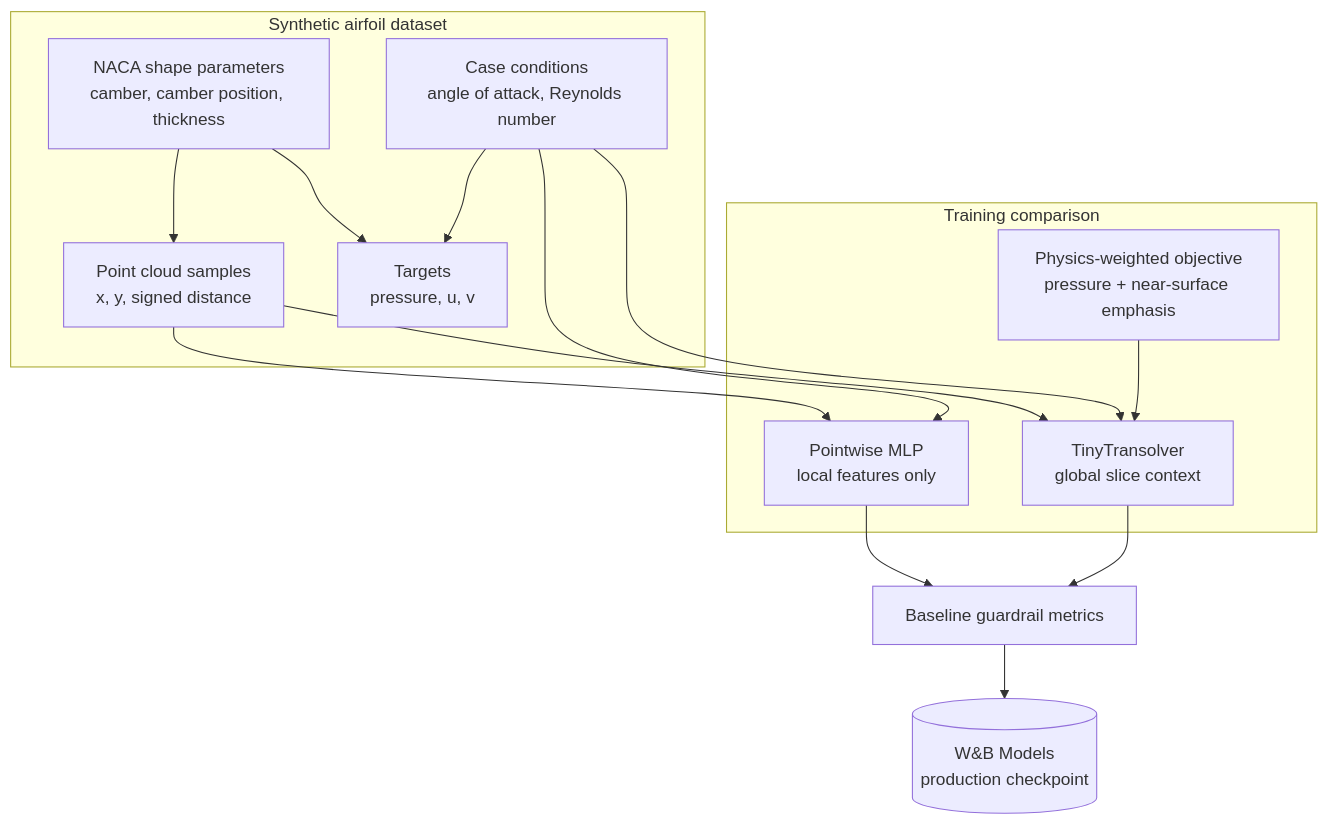
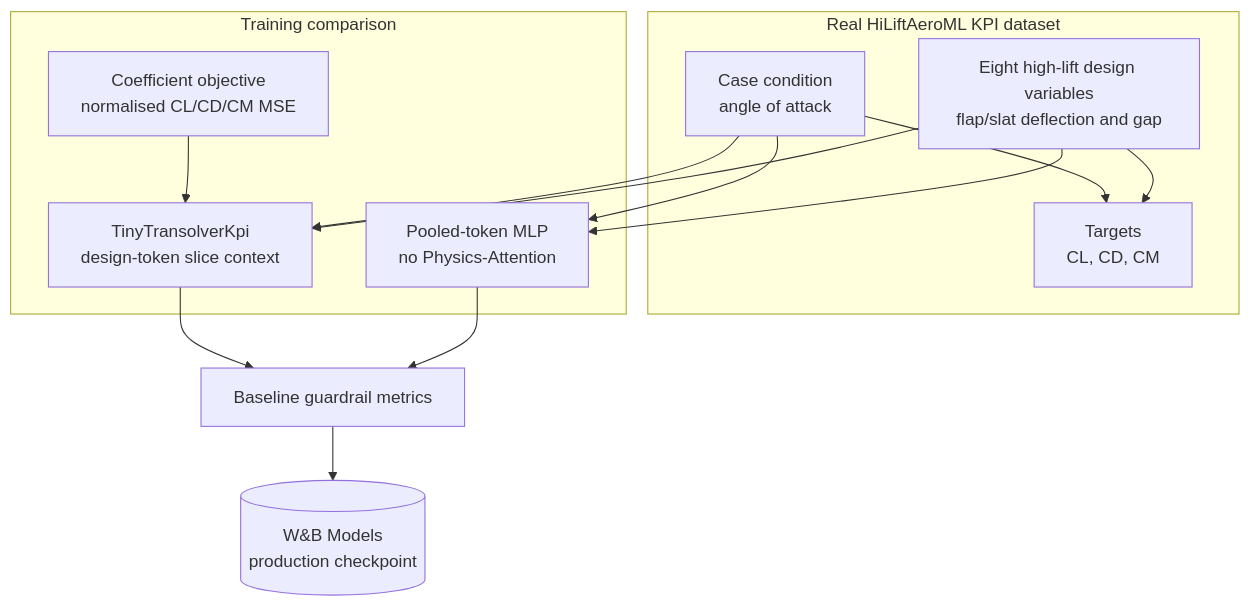
One commit to jbutt-wandb/physicsx_demo changed the second of 3 diagrams in README.md. Above: the diagram before and after it, drawn with Mermaid. The commit also changed other lines of this file and 28 other files, not shown here.

First line of the commit message:
Switch workshop to real HiLiftAeroML KPI surrogate

````diff
--- a/README.md
+++ b/README.md
@@ -63,27 +66,25 @@
 ```mermaid
 flowchart TB
-    subgraph Dataset["Synthetic airfoil dataset"]
-        G[NACA shape parameters<br/>camber, camber position, thickness]
-        P[Point cloud samples<br/>x, y, signed distance]
-        C[Case conditions<br/>angle of attack, Reynolds number]
-        T[Targets<br/>pressure, u, v]
-        G --> P
+    subgraph Dataset["Real HiLiftAeroML KPI dataset"]
+        G[Eight high-lift design variables<br/>flap/slat deflection and gap]
+        C[Case condition<br/>angle of attack]
+        T[Targets<br/>CL, CD, CM]
         G --> T
         C --> T
     end
 
     subgraph Models["Training comparison"]
-        MLP[Pointwise MLP<br/>local features only]
-        TX[TinyTransolver<br/>global slice context]
-        LOSS[Physics-weighted objective<br/>pressure + near-surface emphasis]
+        MLP[Pooled-token MLP<br/>no Physics-Attention]
+        TX[TinyTransolverKpi<br/>design-token slice context]
+        LOSS[Coefficient objective<br/>normalised CL/CD/CM MSE]
     end
 
-    P --> MLP
+    G --> MLP
     C --> MLP
-    P --> TX
+    G --> TX
     C --> TX
     LOSS --> TX
     MLP --> E[Baseline guardrail metrics]
     TX --> E
     E --> R[(W&B Models<br/>production checkpoint)]
 ```
````
